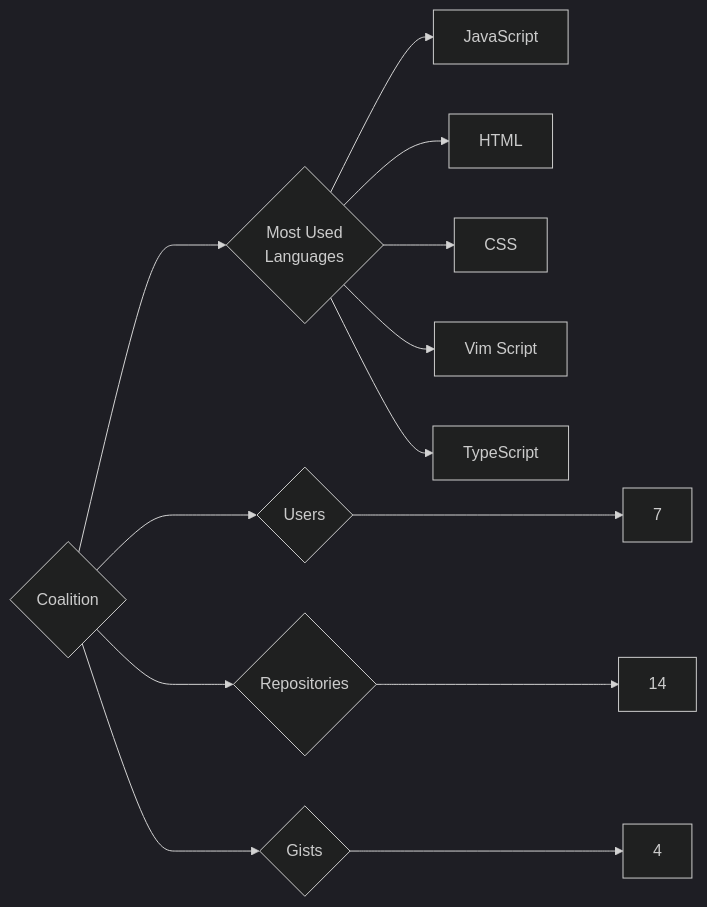
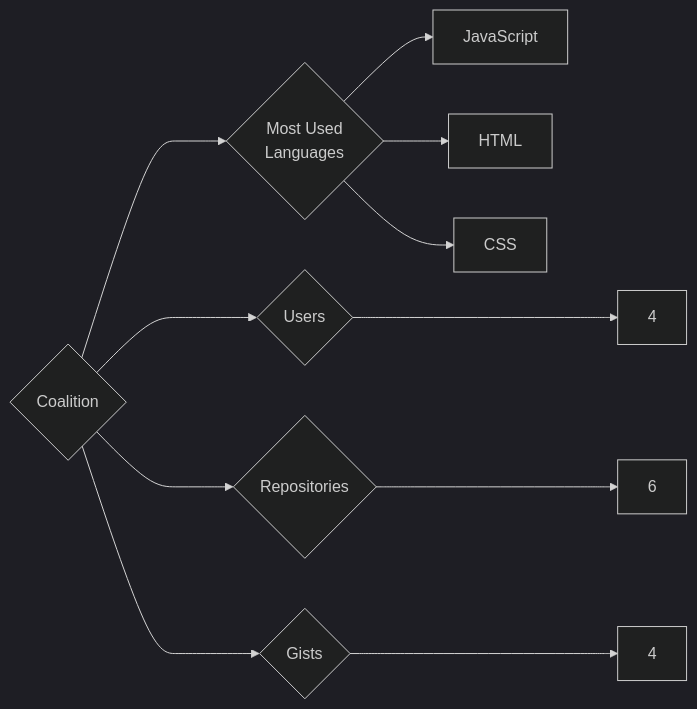
Before and after one commit to trickest/insiders: the diagram in targets/Coalition/README.md, drawn with Mermaid (dark theme). The commit also changed 988 other files, not shown here.

````diff
--- a/targets/Coalition/README.md
+++ b/targets/Coalition/README.md
@@ -3,13 +3,11 @@
 ```mermaid
 graph LR
 COMPANY_NAME{Coalition}
-COMPANY_NAME ---> U{Users} ---> UN[7]
-COMPANY_NAME ---> R{Repositories} ---> RN[14]
+COMPANY_NAME ---> U{Users} ---> UN[4]
+COMPANY_NAME ---> R{Repositories} ---> RN[6]
 COMPANY_NAME ---> G{Gists} ---> GN[4]
 COMPANY_NAME ---> ML{Most Used<br>Languages}
 ML --> JavaScript[JavaScript]
 ML --> HTML[HTML]
 ML --> CSS[CSS]
-ML --> Vim_Script[Vim Script]
-ML --> TypeScript[TypeScript]
 ```
````
